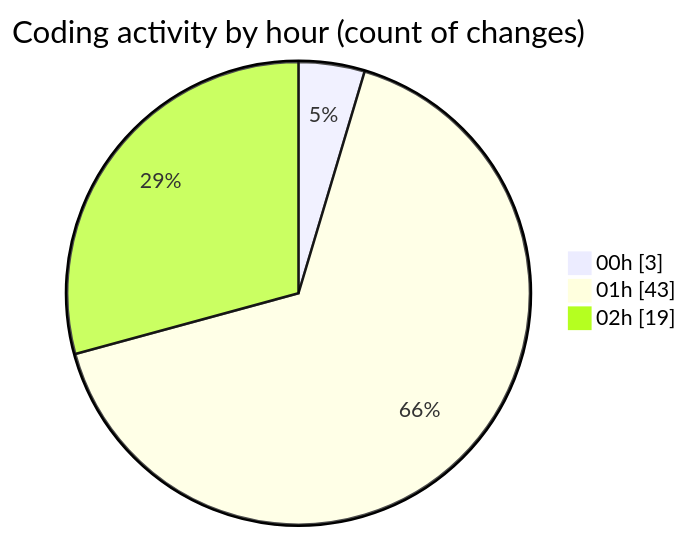
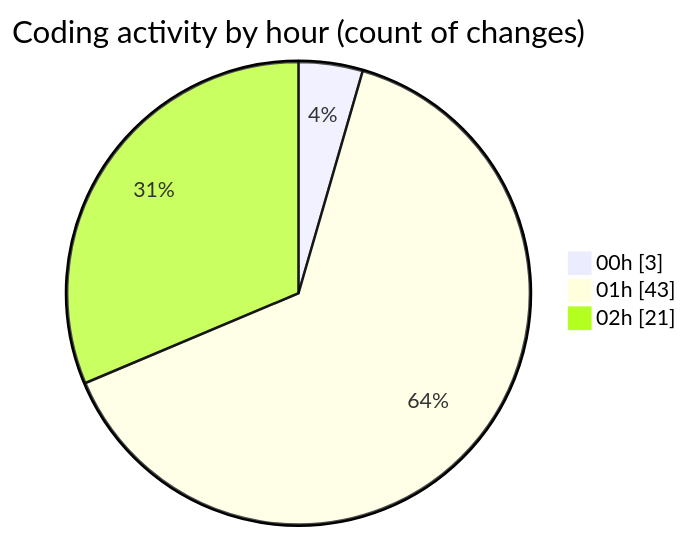
Before and after one commit to mevix1/code-tracking: the second of 2 diagrams in 2025-10-02/oura-api/README.md, drawn with Mermaid. The commit also changed other lines of this file and 1 other file, not shown here.

````diff
--- a/2025-10-02/oura-api/README.md
+++ b/2025-10-02/oura-api/README.md
@@ -82,7 +83,7 @@
 ```mermaid
 pie showData
 title Coding activity by hour (count of changes)
 "00h" : 3
 "01h" : 43
-"02h" : 19
+"02h" : 21
 ```
````
